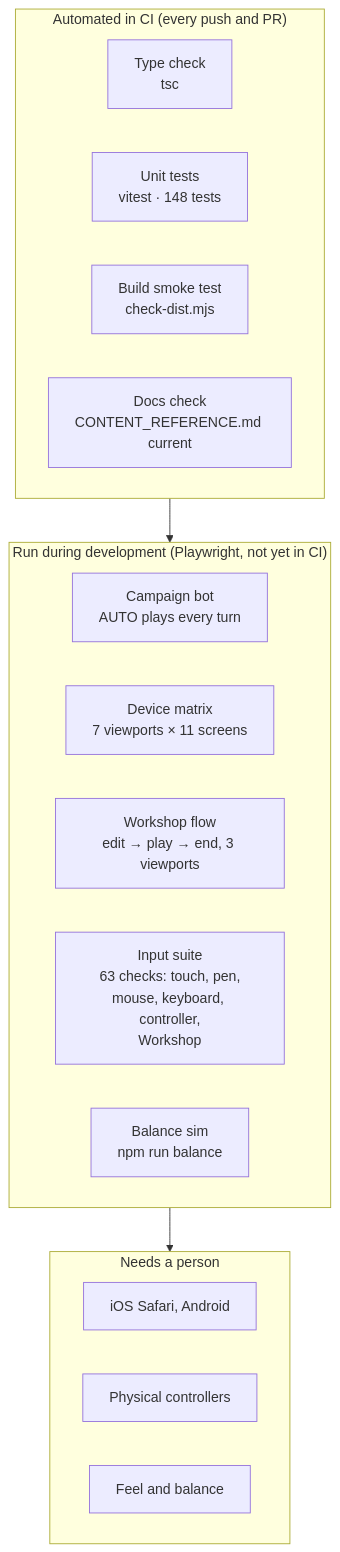
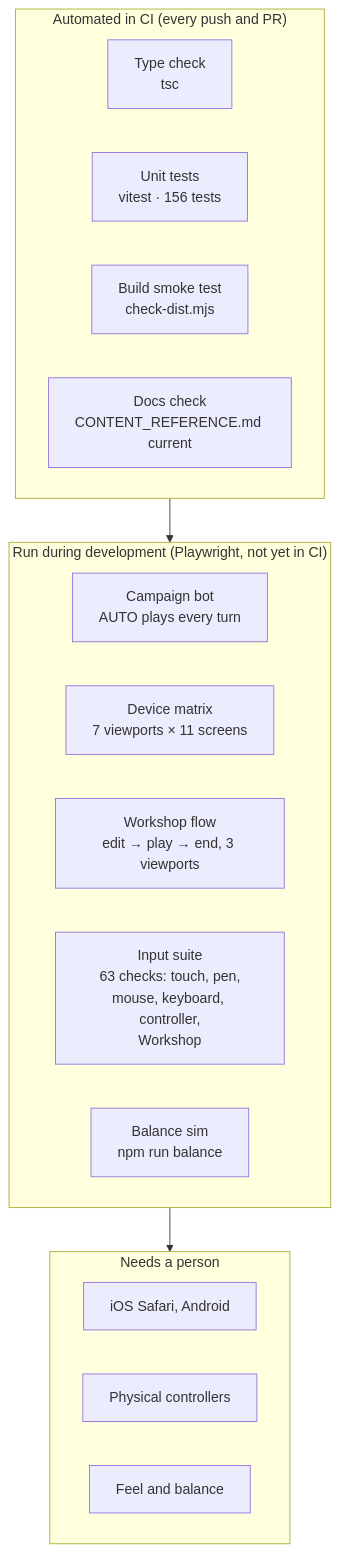
One commit to CptNope/Chess-RPG-Tactics changed the diagram in docs/TESTING.md. Above: the diagram before and after it, drawn with Mermaid. The commit also changed other lines of this file and 35 other files, not shown here.

````diff
--- a/docs/TESTING.md
+++ b/docs/TESTING.md
@@ -9,22 +9,22 @@
 ```mermaid
 flowchart TB
     subgraph Auto["Automated in CI (every push and PR)"]
         T1["Type check<br/>tsc"]
-        T2["Unit tests<br/>vitest · 148 tests"]
+        T2["Unit tests<br/>vitest · 156 tests"]
         T3["Build smoke test<br/>check-dist.mjs"]
         T4["Docs check<br/>CONTENT_REFERENCE.md current"]
     end
     subgraph Dev["Run during development (Playwright, not yet in CI)"]
         P1["Campaign bot<br/>AUTO plays every turn"]
         P2["Device matrix<br/>7 viewports × 11 screens"]
         P4["Workshop flow<br/>edit → play → end, 3 viewports"]
         P3["Input suite<br/>63 checks: touch, pen,<br/>mouse, keyboard, controller,<br/>Workshop"]
         P5["Balance sim<br/>npm run balance"]
     end
     subgraph Human["Needs a person"]
         H1["iOS Safari, Android"]
         H2["Physical controllers"]
         H3["Feel and balance"]
     end
     Auto --> Dev --> Human
 ```
````
